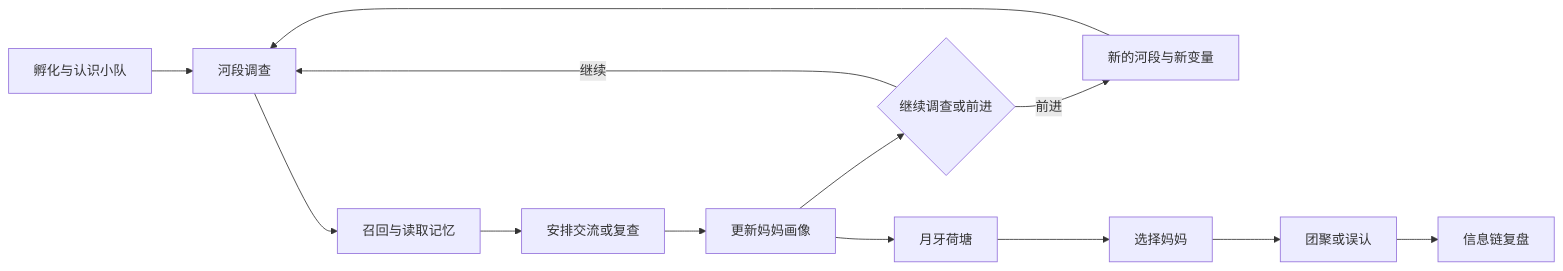
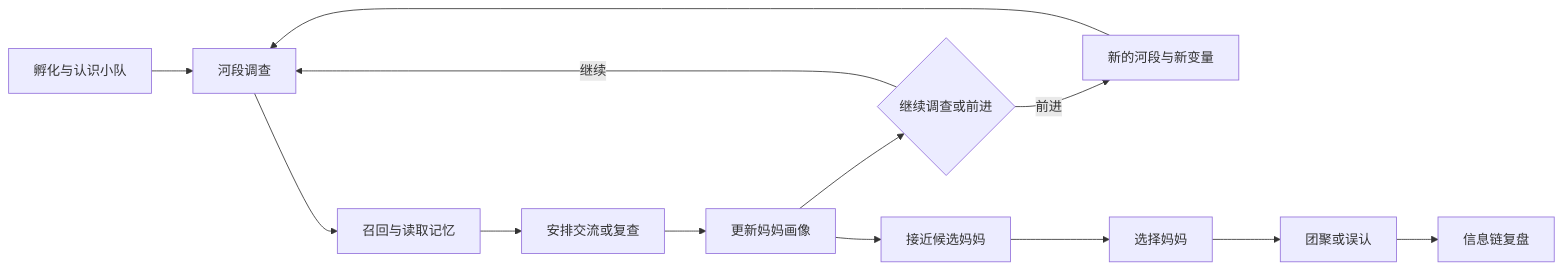
The first of 2 diagrams in GAME_DESIGN_DOCUMENT.md (TaitXu/WhoIsMom-aiwebgame), drawn with Mermaid before and after one commit. The commit also changed other lines of this file and 34 other files, not shown here.

````diff
--- a/GAME_DESIGN_DOCUMENT.md
+++ b/GAME_DESIGN_DOCUMENT.md
@@ -178,15 +182,15 @@
 ```mermaid
 flowchart LR
     A[孵化与认识小队] --> B[河段调查]
     B --> C[召回与读取记忆]
     C --> D[安排交流或复查]
     D --> E[更新妈妈画像]
     E --> F{继续调查或前进}
     F -->|继续| B
     F -->|前进| G[新的河段与新变量]
     G --> B
-    E --> H[月牙荷塘]
+    E --> H[接近候选妈妈]
     H --> I[选择妈妈]
     I --> J[团聚或误认]
     J --> K[信息链复盘]
 ```
````
